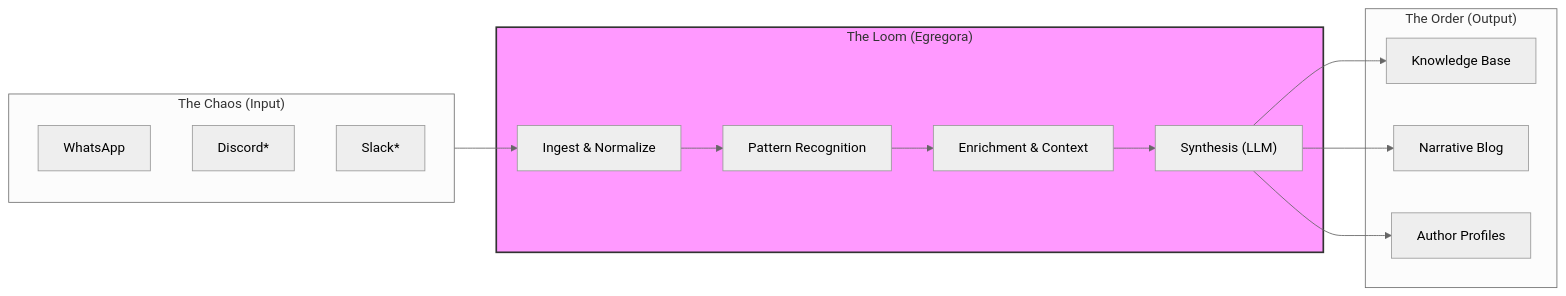
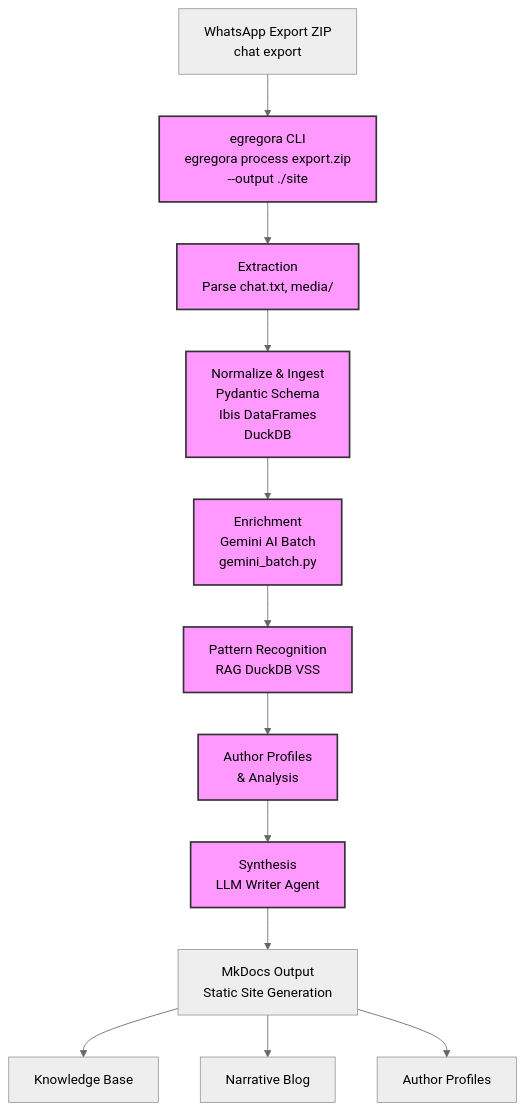
The diagram in README.md (franklinbaldo/egregora), drawn with Mermaid (neutral theme) before and after one commit.

Commit message:
docs(readme): enhance Mermaid diagram with detailed Egregora workflow flowchart (12 nodes: input → CLI → extraction → normalization → Gemini enrichment → analysis → MkDocs output)

````diff
--- a/README.md
+++ b/README.md
@@ -29,23 +29,16 @@
 ```mermaid
-graph LR
-    subgraph Chaos ["The Chaos (Input)"]
-        A[WhatsApp]
-        B[Discord*]
-        C[Slack*]
-    end
-
-    subgraph TheLoom ["The Loom (Egregora)"]
-        D["Ingest & Normalize"] --> E["Pattern Recognition"]
-        E --> F["Enrichment & Context"]
-        F --> G["Synthesis (LLM)"]
-    end
-
-    subgraph Order ["The Order (Output)"]
-        G --> H["Knowledge Base"]
-        G --> I["Narrative Blog"]
-        G --> J["Author Profiles"]
-    end
-
-    Chaos --> D
-    style TheLoom fill:#f9f,stroke:#333,stroke-width:2px
+graph TD
+    A["WhatsApp Export ZIP<br/>chat export"] --> B["egregora CLI<br/>egregora process export.zip<br/>--output ./site"]
+    B --> C["Extraction<br/>Parse chat.txt, media/"]
+    C --> D["Normalize & Ingest<br/>Pydantic Schema<br/>Ibis DataFrames<br/>DuckDB"]
+    D --> E["Enrichment<br/>Gemini AI Batch<br/>gemini_batch.py"]
+    E --> F["Pattern Recognition<br/>RAG DuckDB VSS"]
+    F --> G["Author Profiles<br/>& Analysis"]
+    G --> H["Synthesis<br/>LLM Writer Agent"]
+    H --> I["MkDocs Output<br/>Static Site Generation"]
+    I --> J["Knowledge Base"]
+    I --> K["Narrative Blog"]
+    I --> L["Author Profiles"]
+    classDef loom fill:#f9f,stroke:#333,stroke-width:2px
+    class B,C,D,E,F,G,H loom
 ```
````
